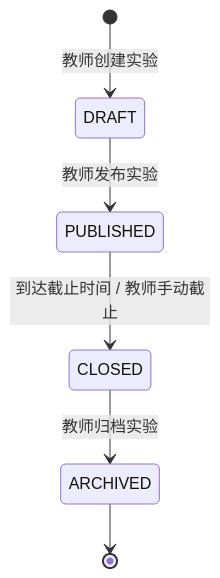
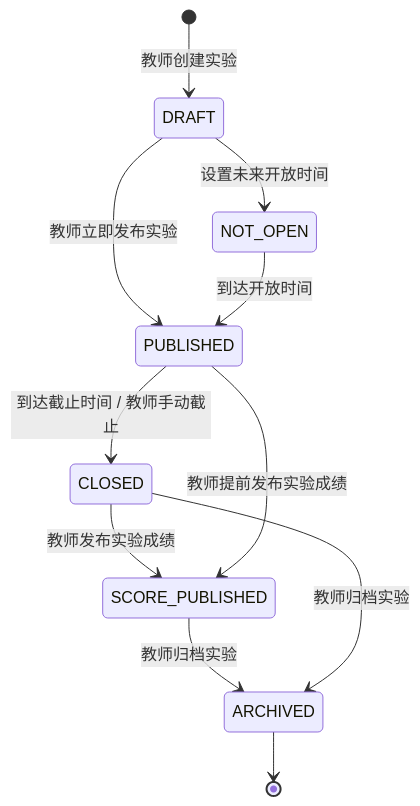
One commit to Cr4zyorange/OnlineJudge changed diagram 29 of 47 in docs/最终提交/软件详细设计说明书.md. Above: the diagram before and after it, drawn with Mermaid. The commit also changed other lines of this file, not shown here.

````diff
--- a/docs/最终提交/软件详细设计说明书.md
+++ b/docs/最终提交/软件详细设计说明书.md
@@ -2531,8 +2676,13 @@
 ```mermaid
 stateDiagram-v2
     [*] --> DRAFT: 教师创建实验
-    DRAFT --> PUBLISHED: 教师发布实验
+    DRAFT --> NOT_OPEN: 设置未来开放时间
+    DRAFT --> PUBLISHED: 教师立即发布实验
+    NOT_OPEN --> PUBLISHED: 到达开放时间
     PUBLISHED --> CLOSED: 到达截止时间 / 教师手动截止
+    CLOSED --> SCORE_PUBLISHED: 教师发布实验成绩
+    PUBLISHED --> SCORE_PUBLISHED: 教师提前发布实验成绩
+    SCORE_PUBLISHED --> ARCHIVED: 教师归档实验
     CLOSED --> ARCHIVED: 教师归档实验
     ARCHIVED --> [*]
 ```
````
